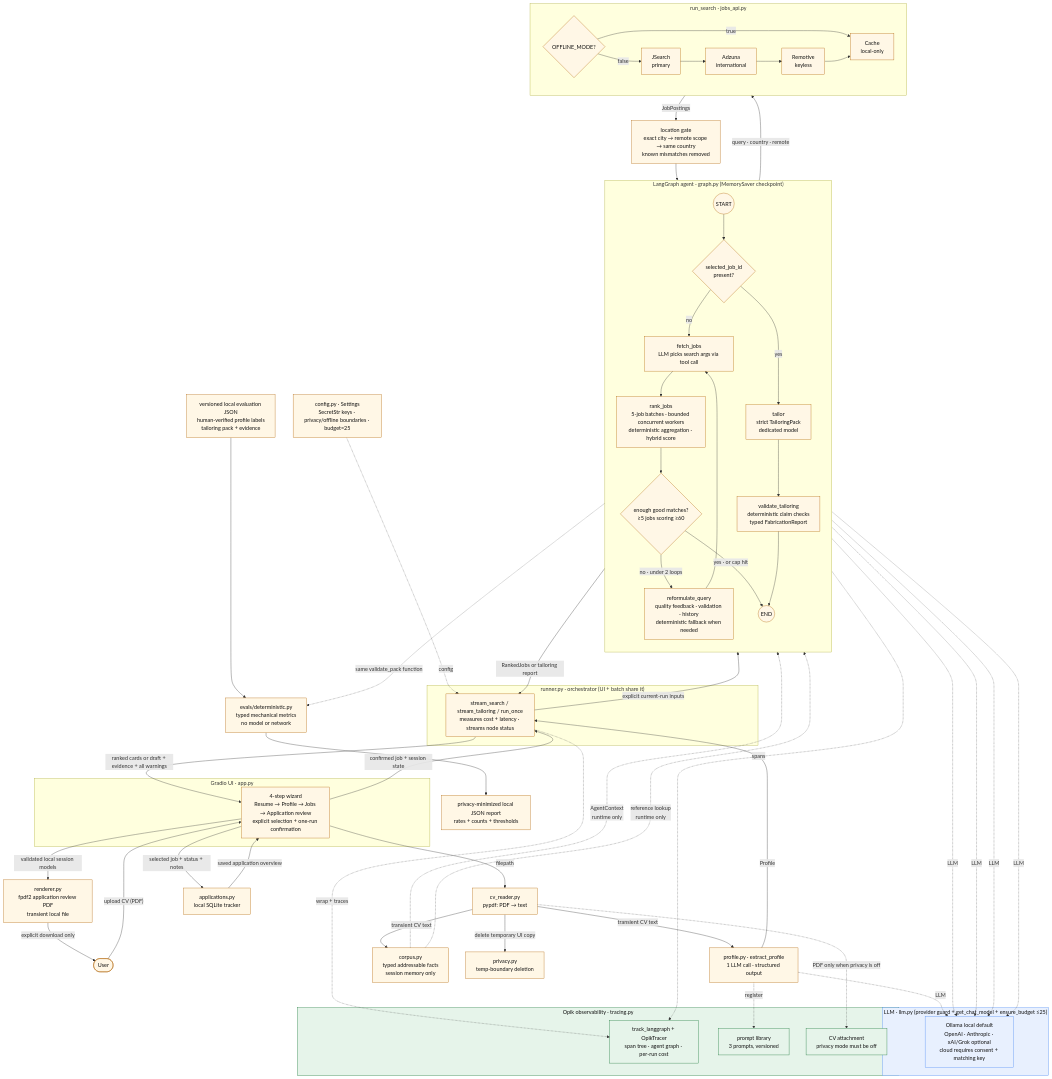
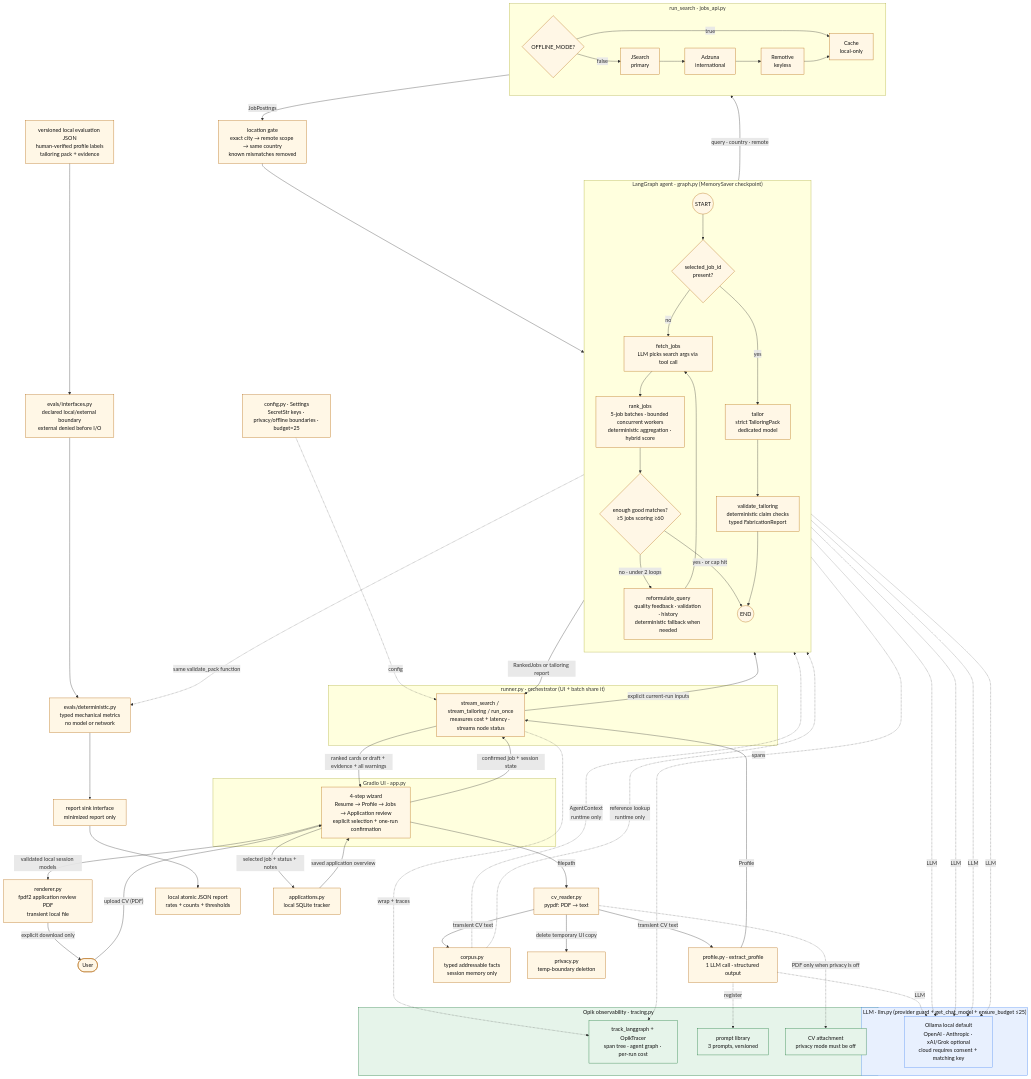
One commit to exitLQ/the-agent-that-got-me-rejected changed the diagram in docs/architecture.md. Above: the diagram before and after it, drawn with Mermaid. The commit also changed other lines of this file and 8 other files, not shown here.

Commit message:
feat: add opt-in evaluation interfaces

```diff
--- a/docs/architecture.md
+++ b/docs/architecture.md
@@ -55,9 +55,11 @@
   RUN -->|"ranked cards or draft + evidence + all warnings"| UI
   UI -->|"validated local session models"| PDF["renderer.py<br/>fpdf2 application review PDF<br/>transient local file"]
   PDF -->|"explicit download only"| U
-  EVIN["versioned local evaluation JSON<br/>human-verified profile labels<br/>tailoring pack + evidence"] --> EVAL["evals/deterministic.py<br/>typed mechanical metrics<br/>no model or network"]
+  EVIN["versioned local evaluation JSON<br/>human-verified profile labels<br/>tailoring pack + evidence"] --> EVI["evals/interfaces.py<br/>declared local/external boundary<br/>external denied before I/O"]
+  EVI --> EVAL["evals/deterministic.py<br/>typed mechanical metrics<br/>no model or network"]
   VAL -. "same validate_pack function" .-> EVAL
-  EVAL --> EVOUT["privacy-minimized local JSON report<br/>rates + counts + thresholds"]
+  EVAL --> EVO["report sink interface<br/>minimized report only"]
+  EVO --> EVOUT["local atomic JSON report<br/>rates + counts + thresholds"]
   UI -->|"selected job + status + notes"| DB["applications.py<br/>local SQLite tracker"]
   DB -->|"saved application overview"| UI
 
```
